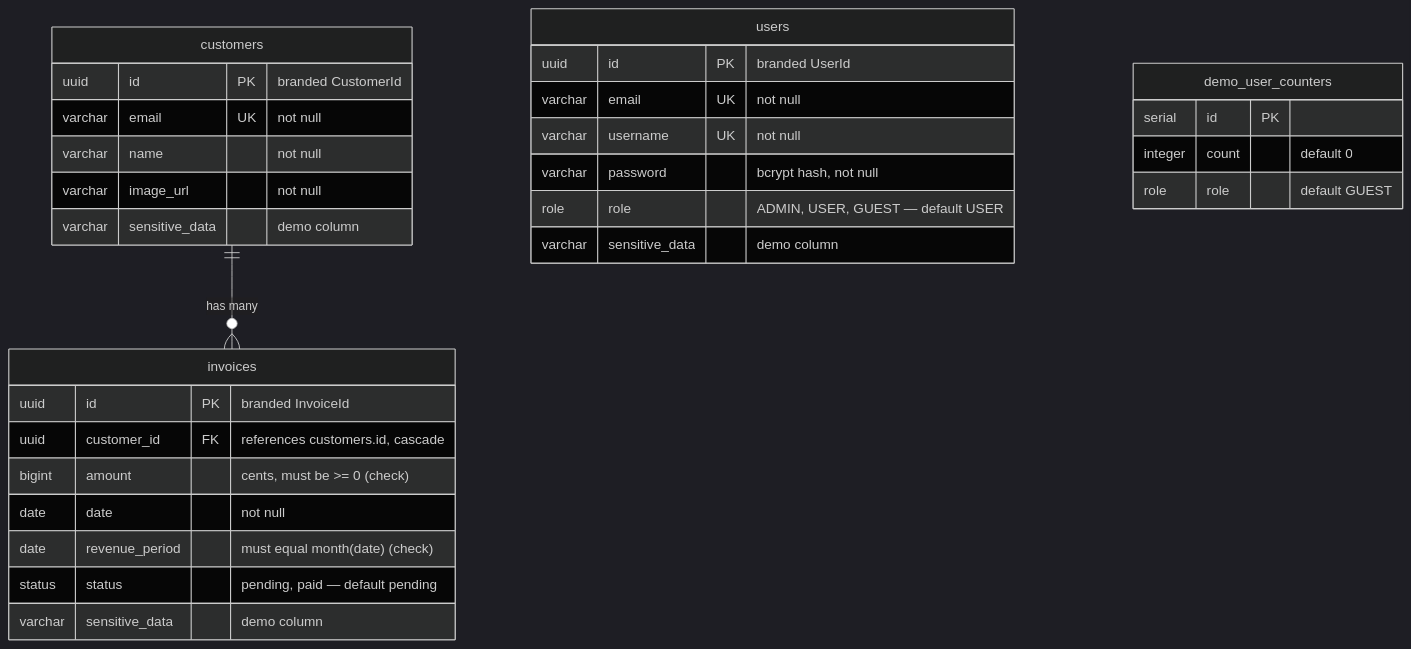
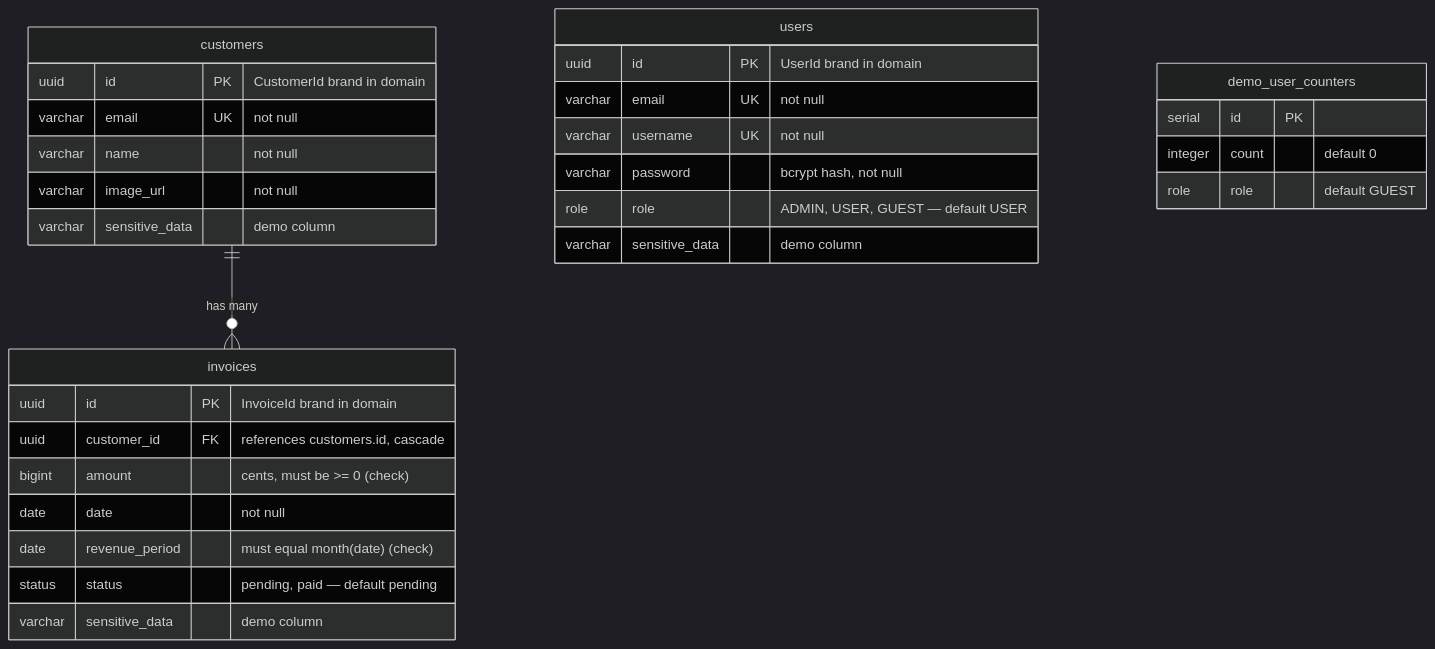
Before and after one commit to andrewpetersondev/nextjs-dashboard: the diagram in docs/diagrams/database-erd.md, drawn with Mermaid (dark theme). The commit also changed other lines of this file and 10 other files, not shown here.

First line of the commit message:
docs(diagrams): reconcile the drift-flagged architecture diagrams with the code

````diff
--- a/docs/diagrams/database-erd.md
+++ b/docs/diagrams/database-erd.md
@@ -6,37 +6,37 @@
 ```mermaid
 erDiagram
     customers ||--o{ invoices : "has many"
 
     users {
-        uuid id PK "branded UserId"
+        uuid id PK "UserId brand in domain"
         varchar email UK "not null"
         varchar username UK "not null"
         varchar password "bcrypt hash, not null"
         role role "ADMIN, USER, GUEST — default USER"
         varchar sensitive_data "demo column"
     }
 
     customers {
-        uuid id PK "branded CustomerId"
+        uuid id PK "CustomerId brand in domain"
         varchar email UK "not null"
         varchar name "not null"
         varchar image_url "not null"
         varchar sensitive_data "demo column"
     }
 
     invoices {
-        uuid id PK "branded InvoiceId"
+        uuid id PK "InvoiceId brand in domain"
         uuid customer_id FK "references customers.id, cascade"
         bigint amount "cents, must be >= 0 (check)"
         date date "not null"
         date revenue_period "must equal month(date) (check)"
         status status "pending, paid — default pending"
         varchar sensitive_data "demo column"
     }
 
     demo_user_counters {
         serial id PK
         integer count "default 0"
         role role "default GUEST"
     }
 ```
````
